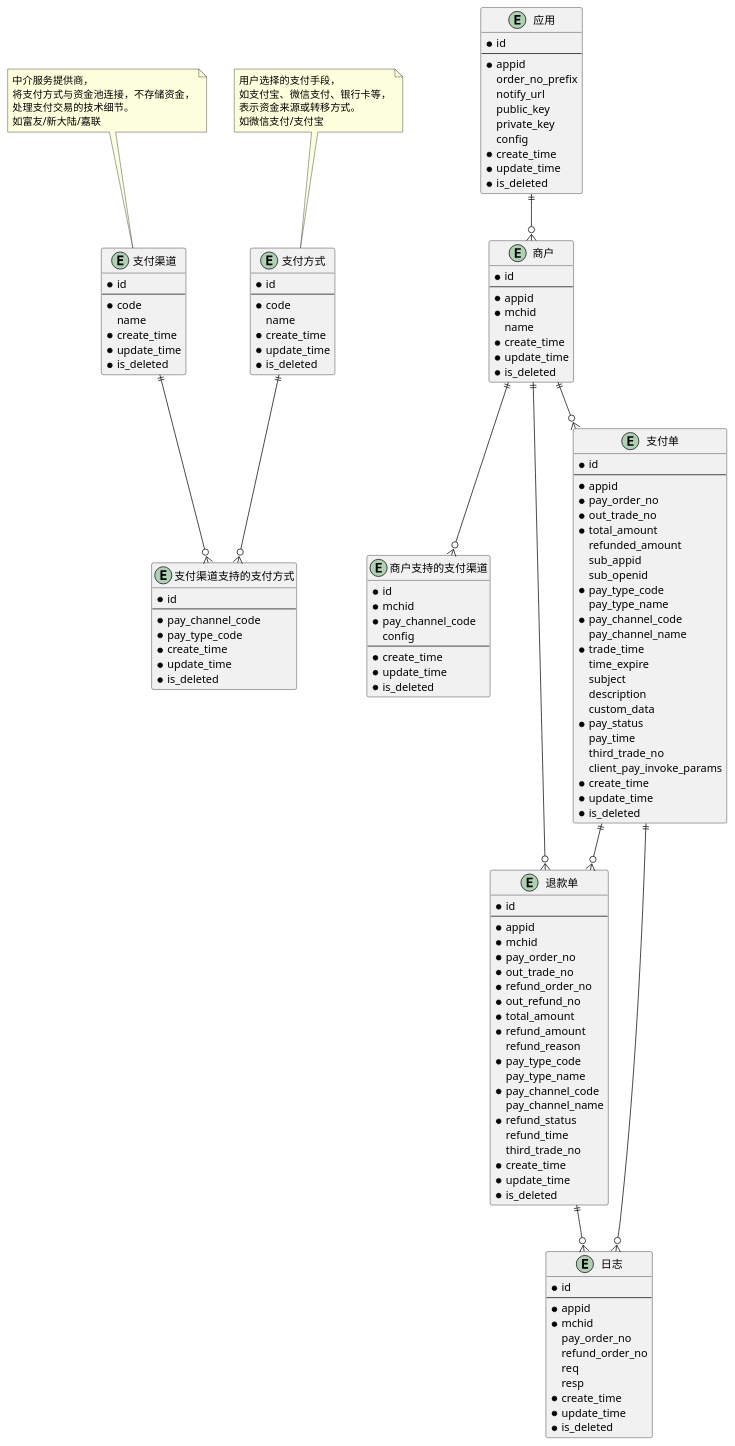
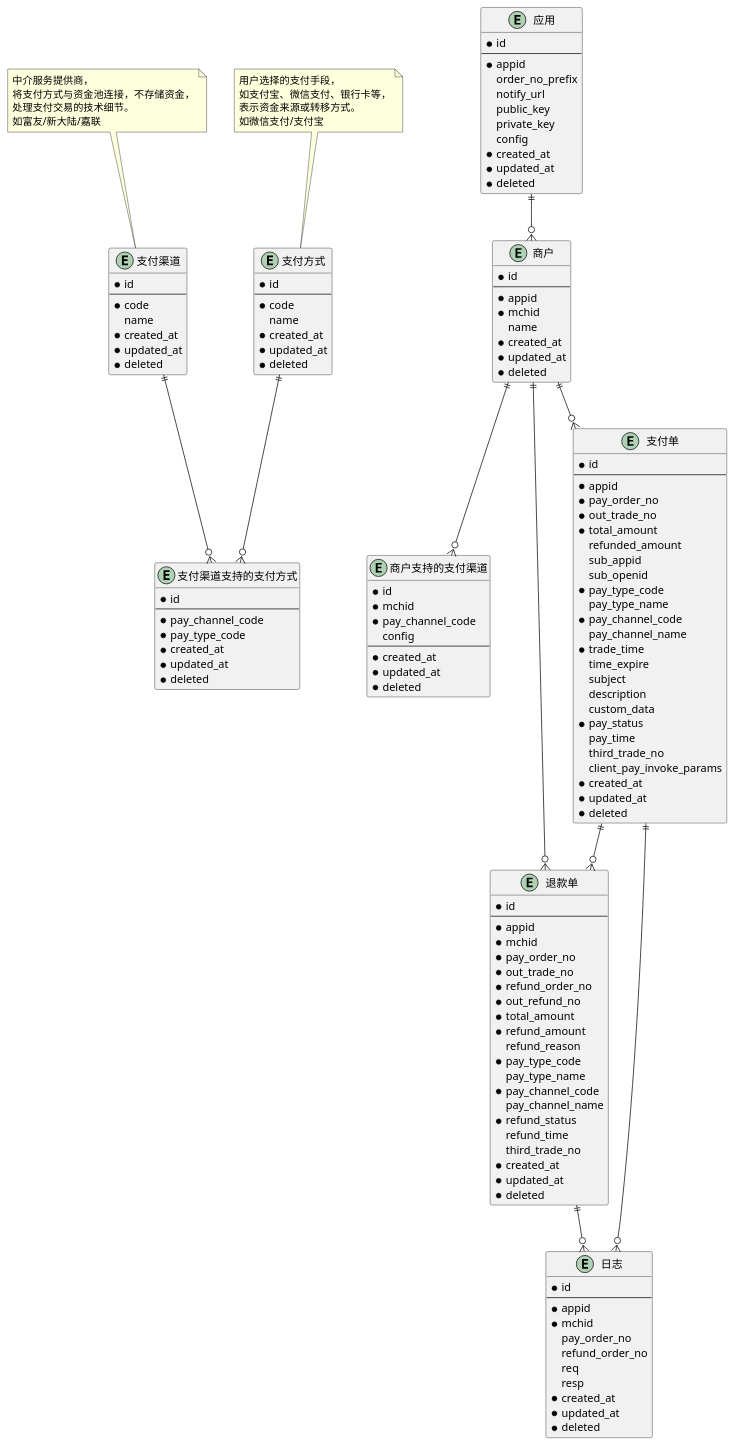
One commit to xuexingdong/x changed the diagram in service/pay/docs/pay_er.puml. Above: the diagram before and after it, drawn with PlantUML. The commit also changed 12 other files, not shown here.

```diff
--- a/service/pay/docs/pay_er.puml
+++ b/service/pay/docs/pay_er.puml
@@ -1,159 +1,159 @@
 @startuml
 
 entity PayType as "支付方式" {
     * id
     --
     * code
     name
-    * create_time
-    * update_time
-    * is_deleted
+    * created_at
+    * updated_at
+    * deleted
 }
 
 note top of PayType
     用户选择的支付手段，
     如支付宝、微信支付、银行卡等，
     表示资金来源或转移方式。
     如微信支付/支付宝
 end note
 
 entity PayChannel as "支付渠道" {
     * id
     --
     * code
     name
-    * create_time
-    * update_time
-    * is_deleted
+    * created_at
+    * updated_at
+    * deleted
 }
 
 note top of PayChannel
     中介服务提供商，
     将支付方式与资金池连接，不存储资金，
     处理支付交易的技术细节。
     如富友/新大陆/嘉联
 end note
 
 entity PayChannelPayType as "支付渠道支持的支付方式" {
     * id
     --
     * pay_channel_code
     * pay_type_code
-    * create_time
-    * update_time
-    * is_deleted
+    * created_at
+    * updated_at
+    * deleted
 }
 
 entity App as "应用" {
     * id
     --
     * appid
     order_no_prefix
     notify_url
     public_key
     private_key
     config
-    * create_time
-    * update_time
-    * is_deleted
+    * created_at
+    * updated_at
+    * deleted
 }
 
 entity Merchant as "商户" {
     * id
     --
     * appid
     * mchid
     name
-    * create_time
-    * update_time
-    * is_deleted
+    * created_at
+    * updated_at
+    * deleted
 }
 
 entity MerchantPayChannel as "商户支持的支付渠道" {
     * id
     * mchid
     * pay_channel_code
     config
     --
-    * create_time
-    * update_time
-    * is_deleted
+    * created_at
+    * updated_at
+    * deleted
 }
 
 entity PayOrder as "支付单" {
     * id
     --
     * appid
     * pay_order_no
     * out_trade_no
     * total_amount
     refunded_amount
     sub_appid
     sub_openid
     * pay_type_code
     pay_type_name
     * pay_channel_code
     pay_channel_name
     * trade_time
     time_expire
     subject
     description
     custom_data
     * pay_status
     pay_time
     third_trade_no
     client_pay_invoke_params
-    * create_time
-    * update_time
-    * is_deleted
+    * created_at
+    * updated_at
+    * deleted
 }
 
 entity RefundOrder as "退款单" {
     * id
     --
     * appid
     * mchid
     * pay_order_no
     * out_trade_no
     * refund_order_no
     * out_refund_no
     * total_amount
     * refund_amount
     refund_reason
     * pay_type_code
     pay_type_name
     * pay_channel_code
     pay_channel_name
     * refund_status
     refund_time
     third_trade_no
-    * create_time
-    * update_time
-    * is_deleted
+    * created_at
+    * updated_at
+    * deleted
 }
 
 entity OrderLog as "日志" {
     * id
     --
     * appid
     * mchid
     pay_order_no
     refund_order_no
     req
     resp
-    * create_time
-    * update_time
-    * is_deleted
+    * created_at
+    * updated_at
+    * deleted
 }
 
 PayType ||--o{ PayChannelPayType
 PayChannel ||--o{ PayChannelPayType
 App ||--o{ Merchant
 Merchant ||--o{ MerchantPayChannel
 Merchant ||--o{ PayOrder
 Merchant ||--o{ RefundOrder
 PayOrder ||--o{ RefundOrder
 PayOrder ||--o{ OrderLog
 RefundOrder ||--o{ OrderLog
 
 @enduml
```
